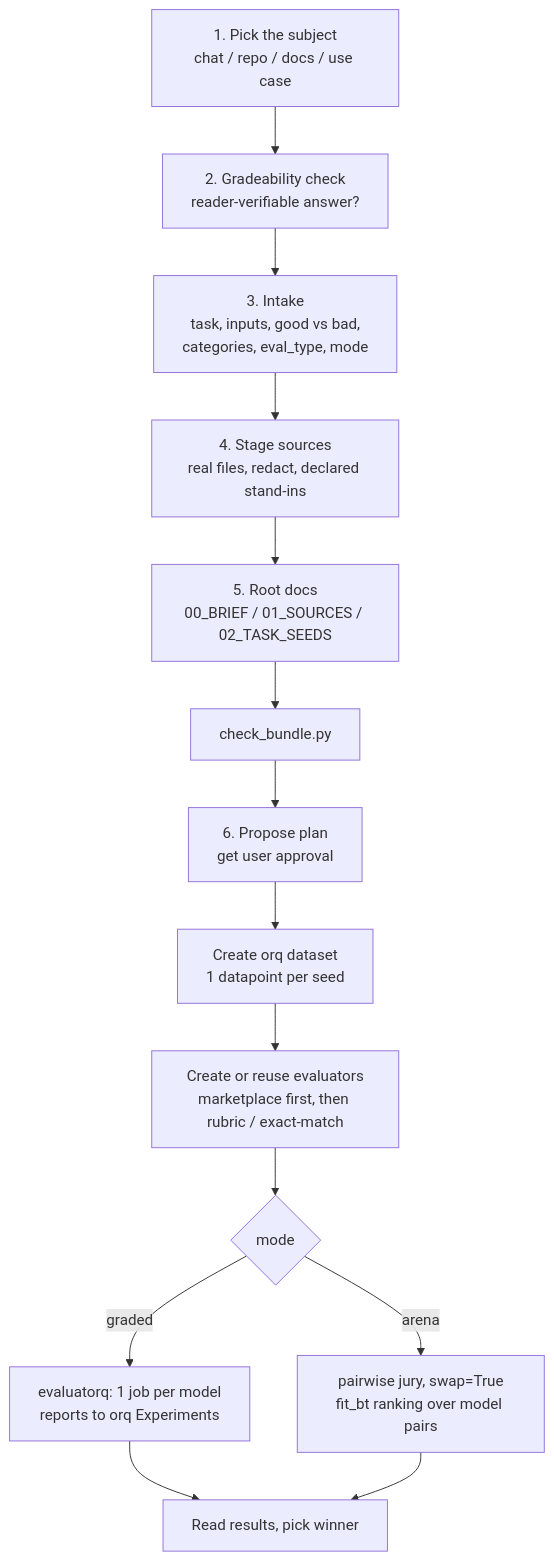
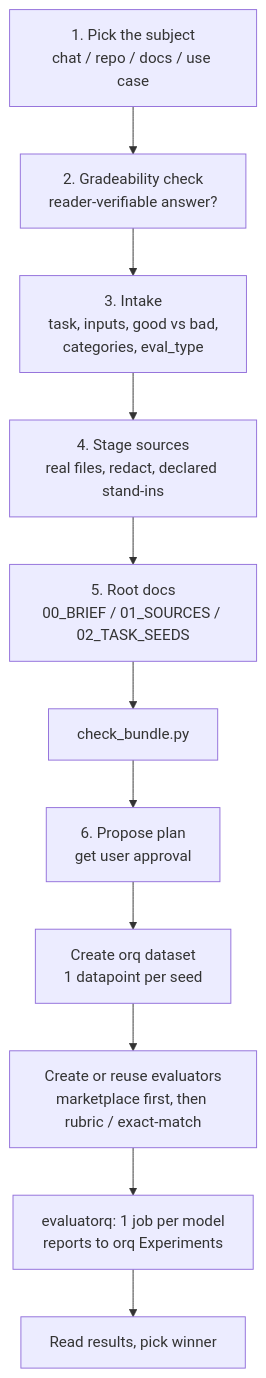
The diagram in skills/orq-build-benchmark/SKILL.md (orq-ai/assistant-plugins), drawn with Mermaid before and after one commit. The commit also changed other lines of this file and 5 other files, not shown here.

First line of the commit message:
feat(skills): ship orq-build-benchmark as graded only, move arena to RES-1835 (RES-1558)

````diff
--- a/skills/orq-build-benchmark/SKILL.md
+++ b/skills/orq-build-benchmark/SKILL.md
@@ -76,16 +57,13 @@
 ```mermaid
 flowchart TD
     A[1. Pick the subject<br/>chat / repo / docs / use case] --> B[2. Gradeability check<br/>reader-verifiable answer?]
-    B --> C[3. Intake<br/>task, inputs, good vs bad,<br/>categories, eval_type, mode]
+    B --> C[3. Intake<br/>task, inputs, good vs bad,<br/>categories, eval_type]
     C --> D[4. Stage sources<br/>real files, redact, declared stand-ins]
     D --> E[5. Root docs<br/>00_BRIEF / 01_SOURCES / 02_TASK_SEEDS]
     E --> F[check_bundle.py]
     F --> G[6. Propose plan<br/>get user approval]
     G --> H[Create orq dataset<br/>1 datapoint per seed]
     H --> I[Create or reuse evaluators<br/>marketplace first, then rubric / exact-match]
-    I --> J{mode}
-    J -->|graded| K[evaluatorq: 1 job per model<br/>reports to orq Experiments]
-    J -->|arena| L[pairwise jury, swap=True<br/>fit_bt ranking over model pairs]
+    I --> K[evaluatorq: 1 job per model<br/>reports to orq Experiments]
     K --> M[Read results, pick winner]
-    L --> M
 ```
````
